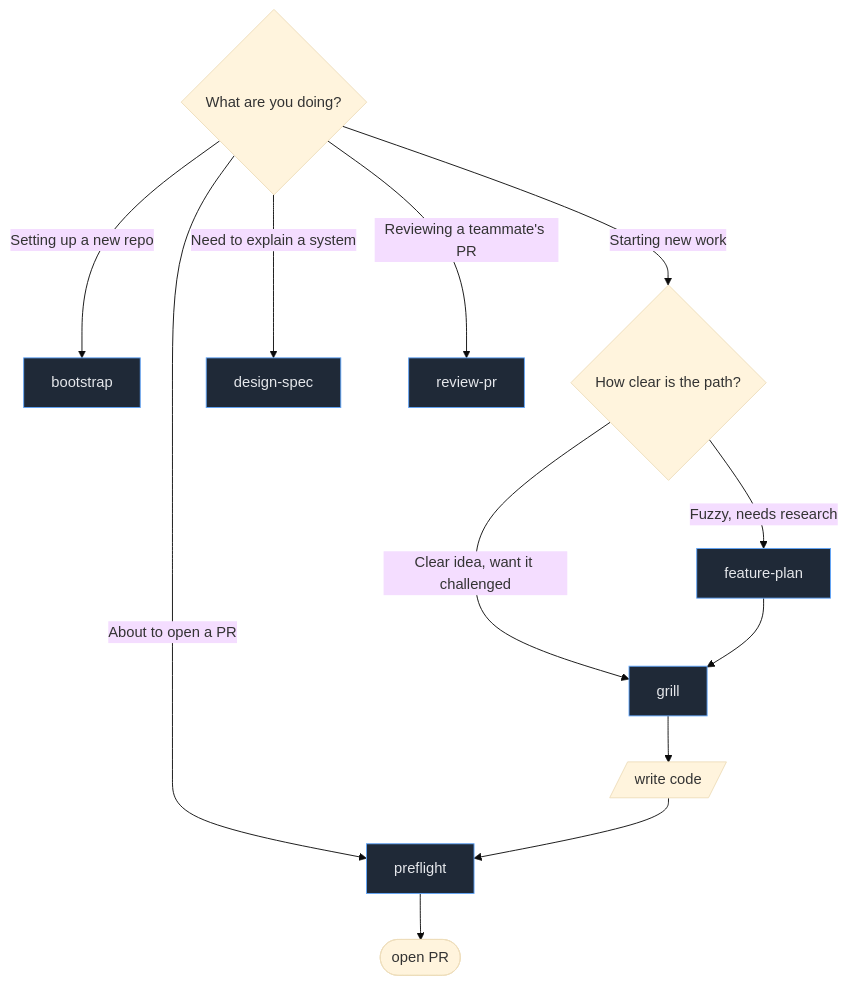
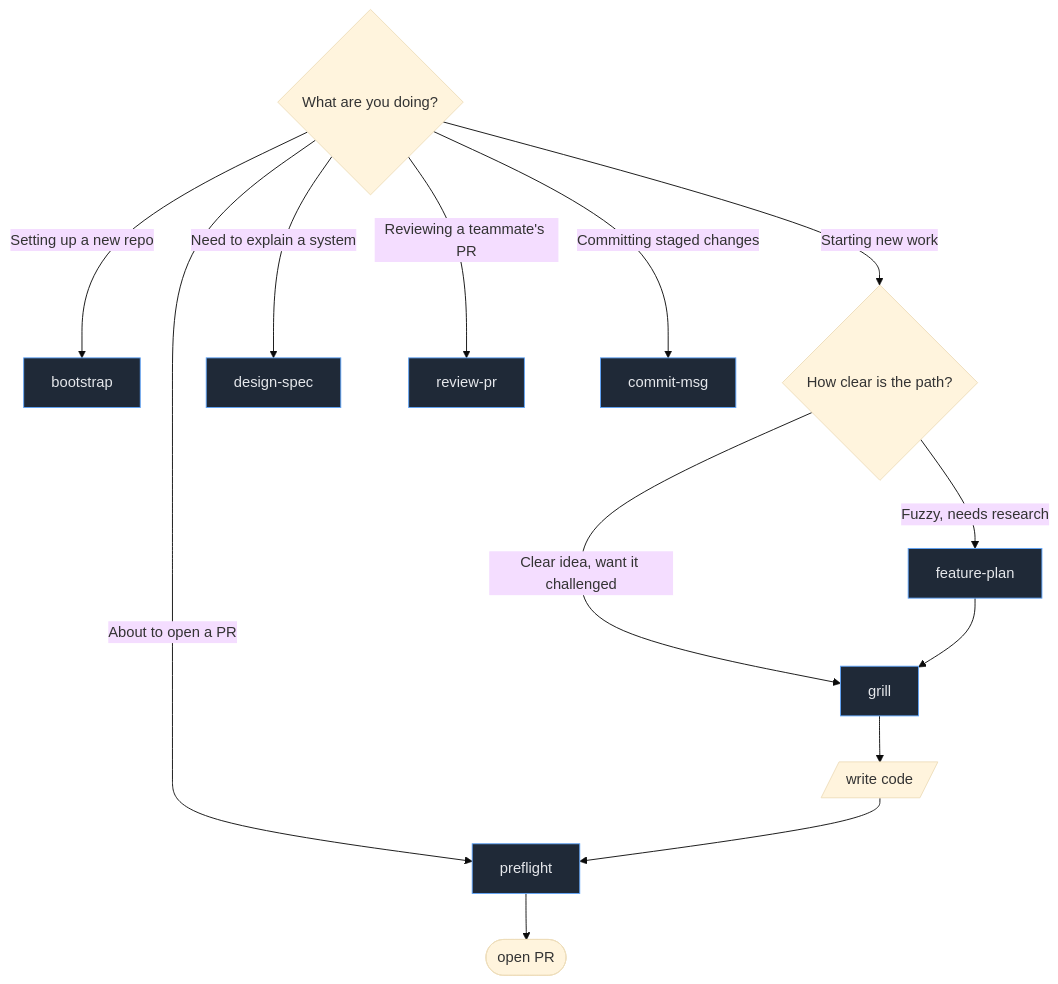
The second of 5 diagrams in README.md (powerslider/nitpickle), drawn with Mermaid (base theme) before and after one commit. The commit also changed other lines of this file and 9 other files, not shown here.

````diff
--- a/README.md
+++ b/README.md
@@ -151,19 +157,20 @@
 ```mermaid
 flowchart TD
     Q{What are you doing?}
     Q -->|Setting up a new repo| IN[bootstrap]
     Q -->|Starting new work| A{How clear is the path?}
     A -->|Fuzzy, needs research| FP[feature-plan]
     A -->|Clear idea, want it challenged| GR[grill]
     Q -->|Need to explain a system| DS[design-spec]
     Q -->|About to open a PR| PF[preflight]
     Q -->|Reviewing a teammate's PR| RV[review-pr]
+    Q -->|Committing staged changes| CM[commit-msg]
 
     FP --> GR
     GR --> code[/write code/]
     code --> PF
     PF --> open([open PR])
 
     classDef s fill:#1f2937,stroke:#60a5fa,color:#e5e7eb
-    class IN,FP,GR,DS,PF,RV s
+    class IN,FP,GR,DS,PF,RV,CM s
 ```
````
